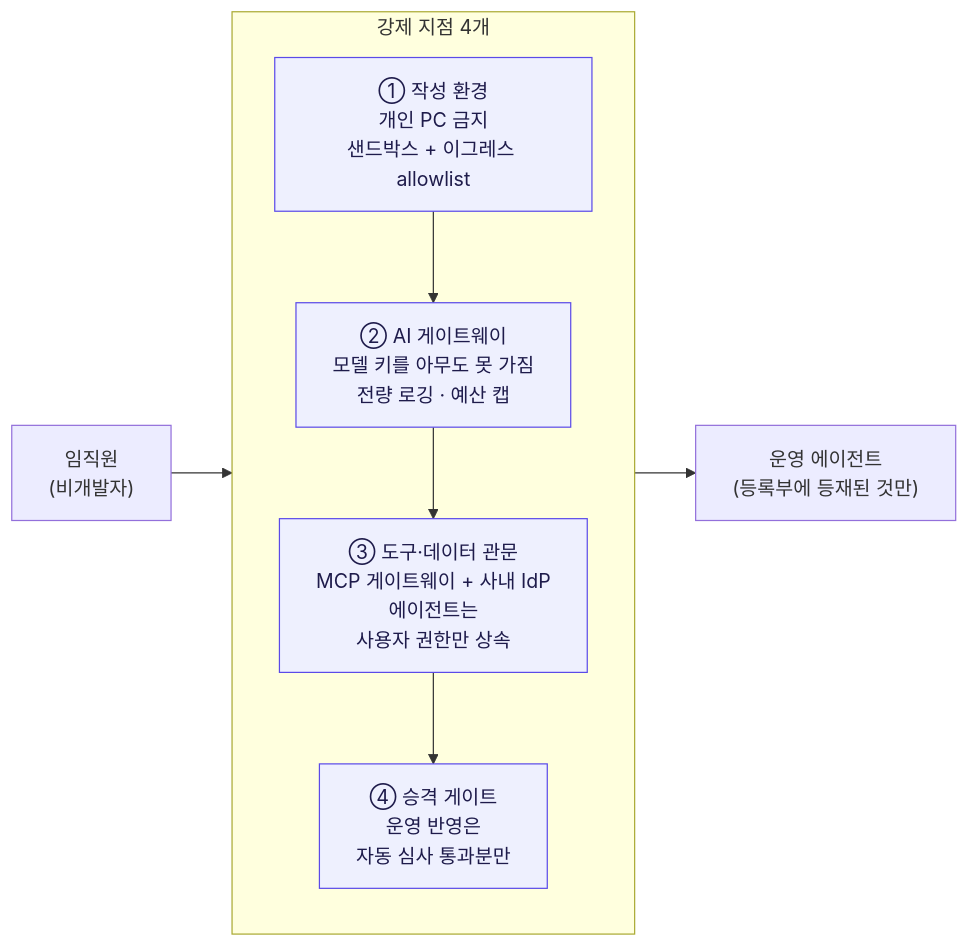
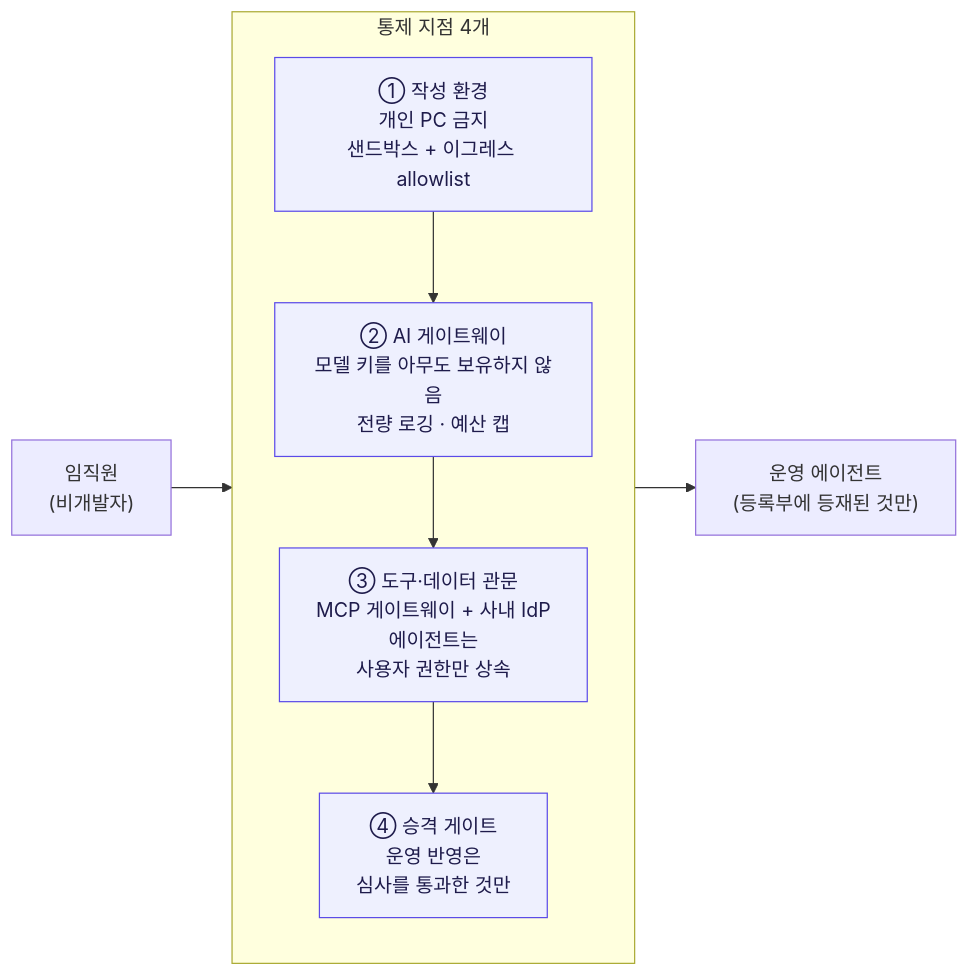
The diagram in agent-platform/deck/diagrams/s_choke.mmd (cyrano2011/pma-web), drawn with Mermaid before and after one commit. The commit also changed 9 other files, not shown here.

```diff
--- a/agent-platform/deck/diagrams/s_choke.mmd
+++ b/agent-platform/deck/diagrams/s_choke.mmd
@@ -1,18 +1,18 @@
 flowchart LR
     E["임직원<br/>(비개발자)"] --> C1
 
-    subgraph CP["강제 지점 4개"]
+    subgraph CP["통제 지점 4개"]
         direction TB
         C1["① 작성 환경<br/>개인 PC 금지<br/>샌드박스 + 이그레스 allowlist"]
-        C2["② AI 게이트웨이<br/>모델 키를 아무도 못 가짐<br/>전량 로깅 · 예산 캡"]
+        C2["② AI 게이트웨이<br/>모델 키를 아무도 보유하지 않음<br/>전량 로깅 · 예산 캡"]
         C3["③ 도구·데이터 관문<br/>MCP 게이트웨이 + 사내 IdP<br/>에이전트는<br/>사용자 권한만 상속"]
-        C4["④ 승격 게이트<br/>운영 반영은<br/>자동 심사 통과분만"]
+        C4["④ 승격 게이트<br/>운영 반영은<br/>심사를 통과한 것만"]
     end
 
     C1 --> C2 --> C3 --> C4
     C4 --> P["운영 에이전트<br/>(등록부에 등재된 것만)"]
 
     style C1 fill:#EEF0FE,stroke:#5B4BE8,color:#1E1B4B
     style C2 fill:#EEF0FE,stroke:#5B4BE8,color:#1E1B4B
     style C3 fill:#EEF0FE,stroke:#5B4BE8,color:#1E1B4B
     style C4 fill:#EEF0FE,stroke:#5B4BE8,color:#1E1B4B
```
